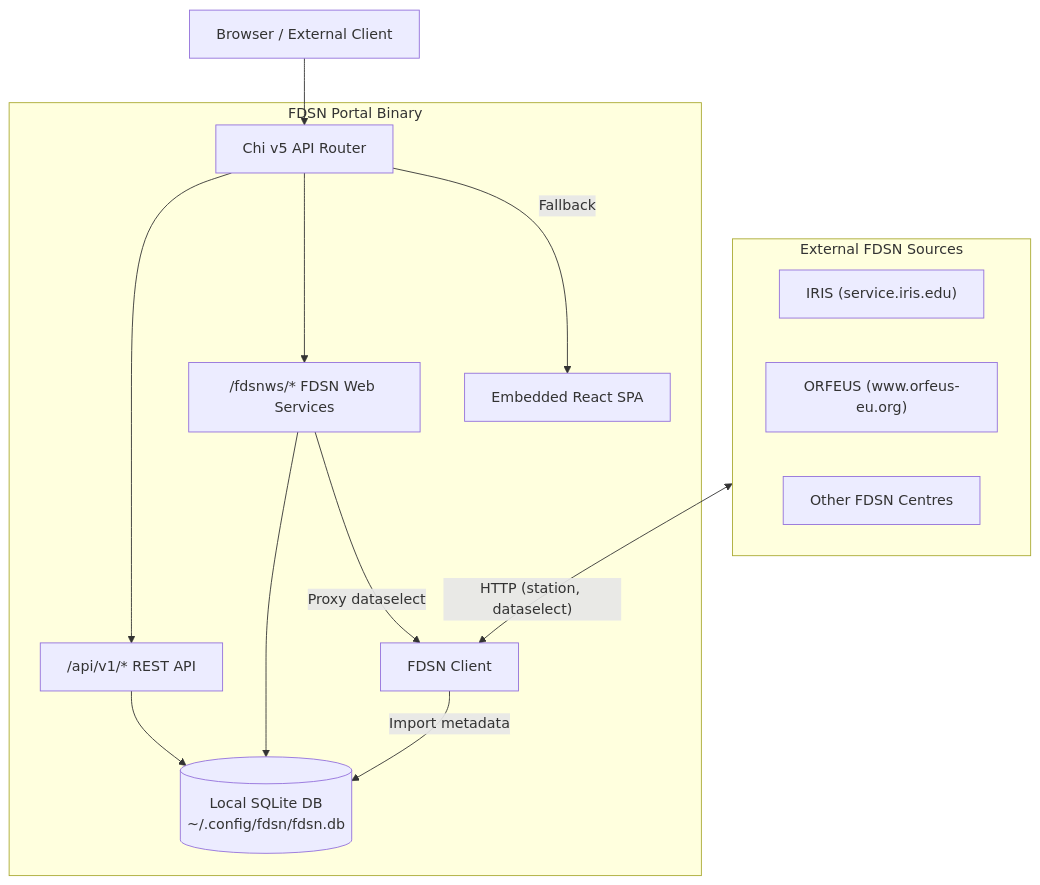
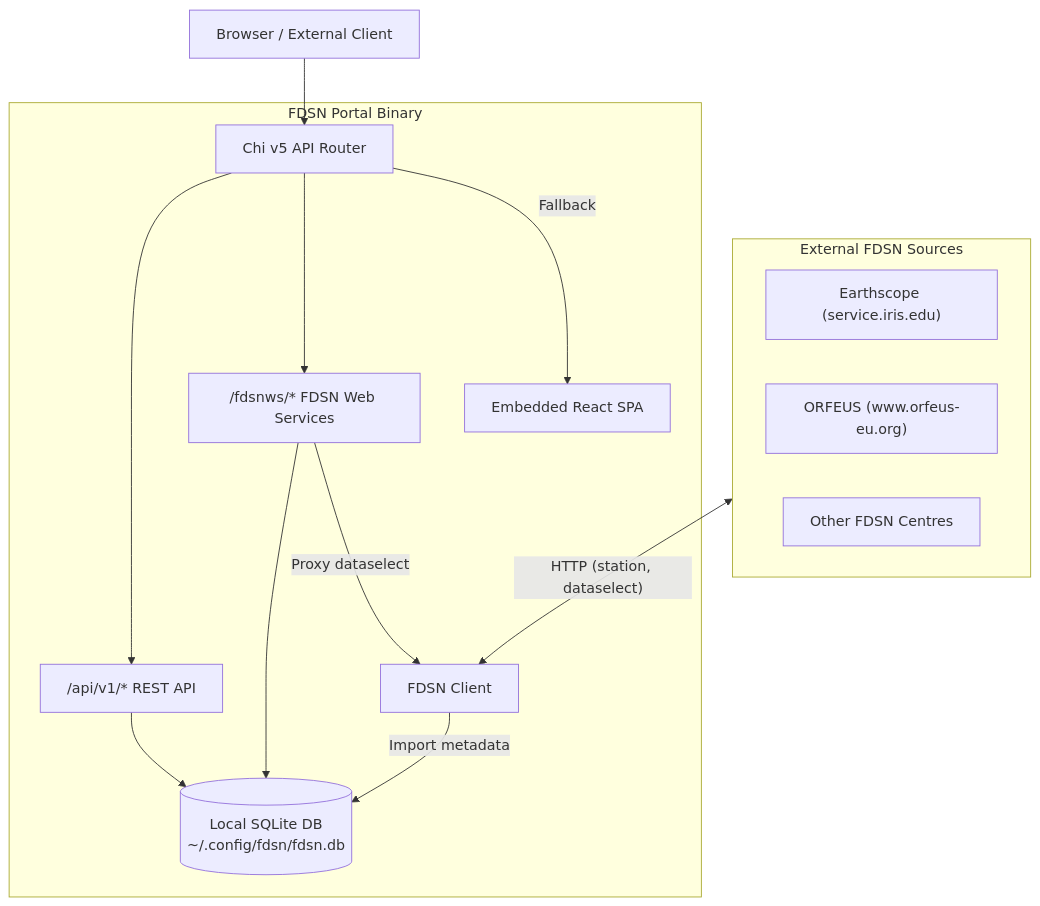
One commit to joescharf/fdsn changed the first of 5 diagrams in docs/docs/architecture.md. Above: the diagram before and after it, drawn with Mermaid. The commit also changed 13 other files, not shown here.

First line of the commit message:
Add auto-open browser, source seeding, and rename IRIS to Earthscope

````diff
--- a/docs/docs/architecture.md
+++ b/docs/docs/architecture.md
@@ -9,28 +9,28 @@
 ```mermaid
 flowchart TB
     subgraph ext["External FDSN Sources"]
-        IRIS["IRIS (service.iris.edu)"]
+        IRIS["Earthscope (service.iris.edu)"]
         ORFEUS["ORFEUS (www.orfeus-eu.org)"]
         OTHER["Other FDSN Centres"]
     end
 
     subgraph binary["FDSN Portal Binary"]
         CLIENT["FDSN Client"]
         DB[("Local SQLite DB\n~/.config/fdsn/fdsn.db")]
         ROUTER["Chi v5 API Router"]
         REST["/api/v1/* REST API"]
         FDSN["/fdsnws/* FDSN Web Services"]
         SPA["Embedded React SPA"]
     end
 
     ext <-->|"HTTP (station, dataselect)"| CLIENT
     CLIENT -->|"Import metadata"| DB
     ROUTER --> REST
     ROUTER --> FDSN
     ROUTER -->|"Fallback"| SPA
     REST --> DB
     FDSN --> DB
     FDSN -->|"Proxy dataselect"| CLIENT
 
     BROWSER["Browser / External Client"] --> ROUTER
 ```
````
